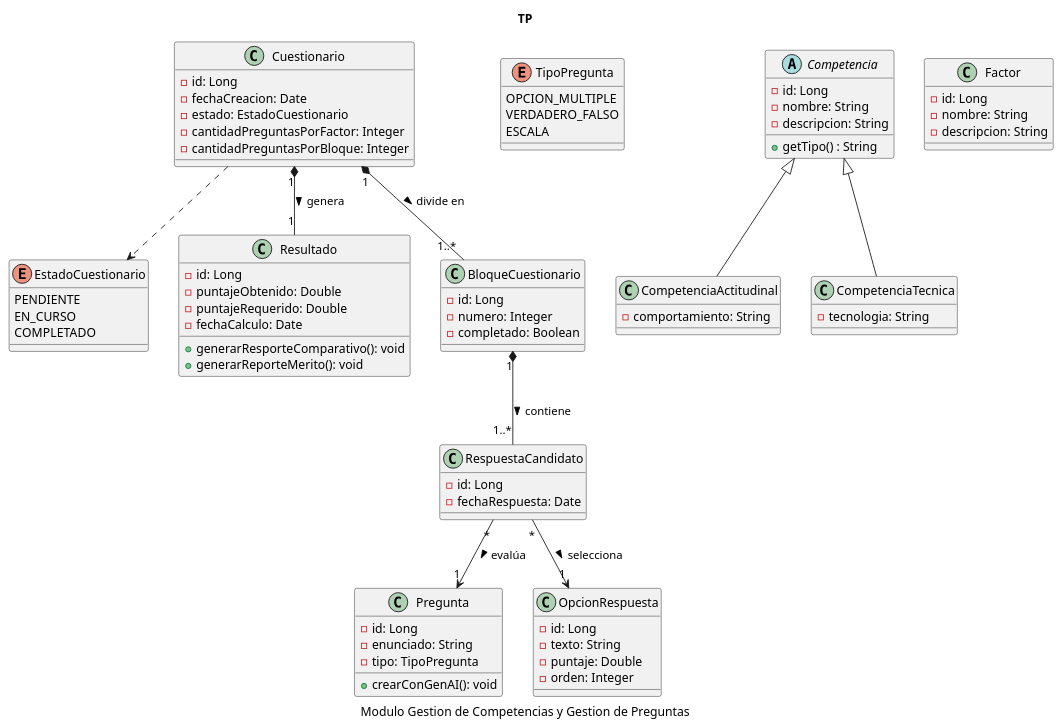
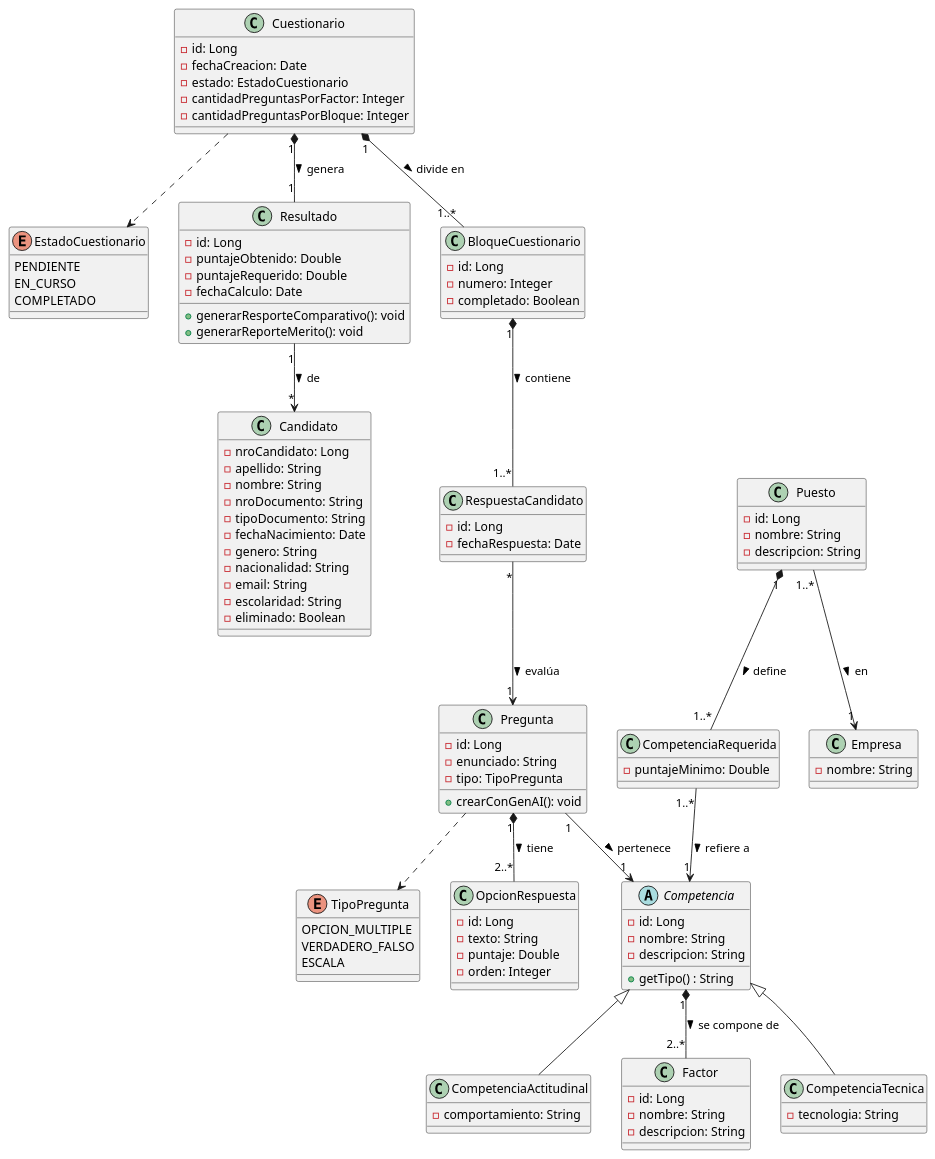
The diagram in prueba.puml (pedromartinez0201/TP---UTN---Sistemas), drawn with PlantUML before and after one commit.

Commit message:
Agregué modulos faltantes

```diff
--- a/prueba.puml
+++ b/prueba.puml
@@ -1,94 +1,128 @@
 @startuml Diagrama
 
 class Cuestionario {
   -id: Long 
   -fechaCreacion: Date
   -estado: EstadoCuestionario
   -cantidadPreguntasPorFactor: Integer 
   -cantidadPreguntasPorBloque: Integer
 }
 
 enum EstadoCuestionario{
   PENDIENTE
   EN_CURSO
   COMPLETADO
 }
-title TP
 
-caption Modulo Gestion de Competencias y Gestion de Preguntas
 class Pregunta {
     -id: Long
     -enunciado: String
     -tipo: TipoPregunta
     +crearConGenAI(): void
 }
 
 enum TipoPregunta{
     OPCION_MULTIPLE
     VERDADERO_FALSO
     ESCALA
 }
 
 class OpcionRespuesta{
     -id: Long
     -texto: String
     -puntaje: Double
     -orden: Integer
 }
 
 abstract class Competencia {
     -id: Long
     -nombre: String 
     -descripcion: String
     +getTipo() : String
 }
 
 class CompetenciaActitudinal {
     -comportamiento: String
 }
 class Factor{
     -id: Long 
     -nombre: String
     -descripcion: String
 }
 class CompetenciaTecnica{
     -tecnologia: String
 }
 
 Competencia <|-- CompetenciaActitudinal
 Competencia <|-- CompetenciaTecnica
 
+class Puesto{
+  -id: Long
+  -nombre: String
+  -descripcion: String
+}
+
+class CompetenciaRequerida{
+  -puntajeMinimo: Double
+}
+
+Puesto "1" *-- "1..*" CompetenciaRequerida : define >
+CompetenciaRequerida "1..*" --> "1" Competencia : refiere a >
+
+Competencia "1" *-- "2..*" Factor : se compone de >
+Pregunta "1" *-- "2..*" OpcionRespuesta : tiene >
+Pregunta ..> TipoPregunta
+Pregunta "1" --> "1" Competencia : pertenece >
+
+class Empresa{
+  -nombre: String
+}
+
+Puesto "1..*" --> "1" Empresa : en >
+
+class Candidato{
+  -nroCandidato: Long
+  -apellido: String
+  -nombre: String
+  -nroDocumento: String
+  -tipoDocumento: String
+  -fechaNacimiento: Date
+  -genero: String
+  -nacionalidad: String
+  -email: String
+  -escolaridad: String
+  -eliminado: Boolean
+}
+
+Resultado "1" --> "*" Candidato : de >
+
 class Resultado{
   -id: Long
   -puntajeObtenido: Double
   -puntajeRequerido: Double
   -fechaCalculo: Date
   +generarResporteComparativo(): void 
   +generarReporteMerito(): void 
 }
 
 class BloqueCuestionario {
   -id: Long
   -numero: Integer 
   -completado: Boolean
 }
 
 class RespuestaCandidato {
   -id: Long
   -fechaRespuesta: Date
 }
 
 Cuestionario "1" *-- "1..*" BloqueCuestionario : divide en >
 
-'Cuestionario "*" --> "1" Candidato : rendido por >
-'Cuestionario "*" --> "1" Puesto : asociado a >
-
 BloqueCuestionario "1" *-- "1..*" RespuestaCandidato : contiene >
 
 RespuestaCandidato "*" --> "1" Pregunta : evalúa >
-RespuestaCandidato "*" --> "1" OpcionRespuesta : selecciona >
 
 Cuestionario "1" *-- "1" Resultado : genera >
 Cuestionario ..> EstadoCuestionario 
 
 @enduml
```
